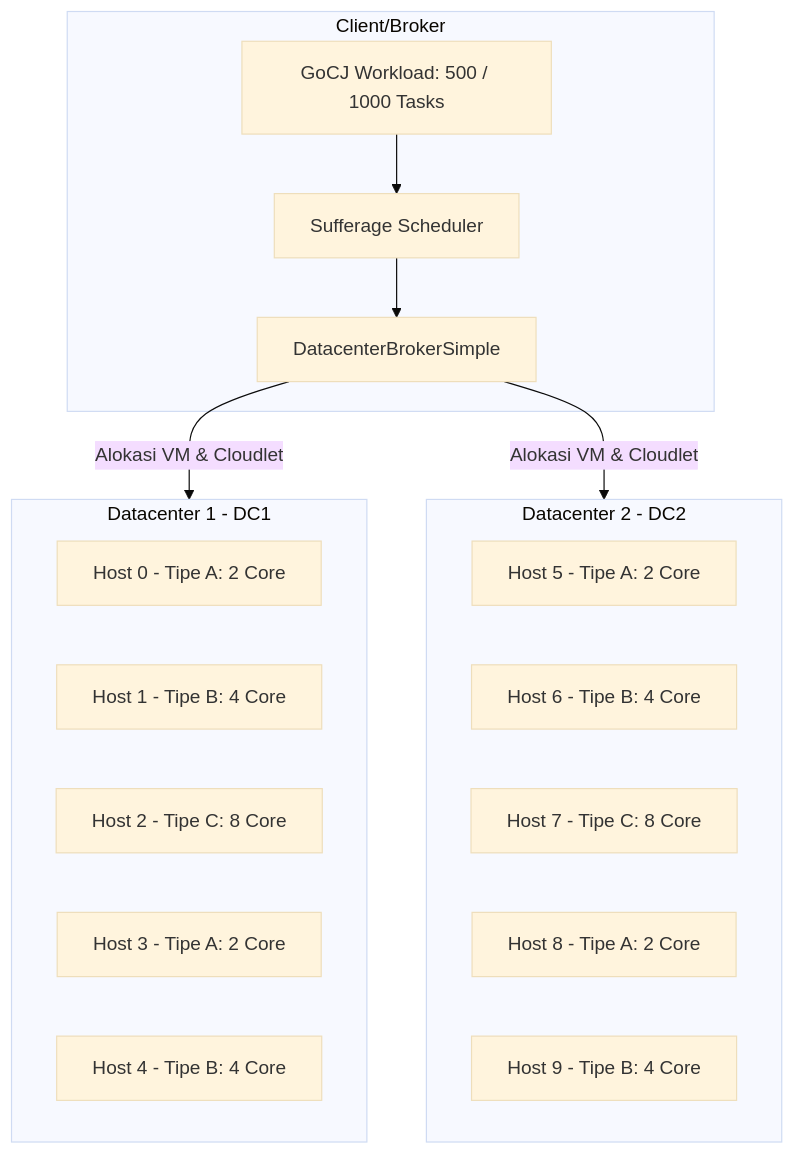
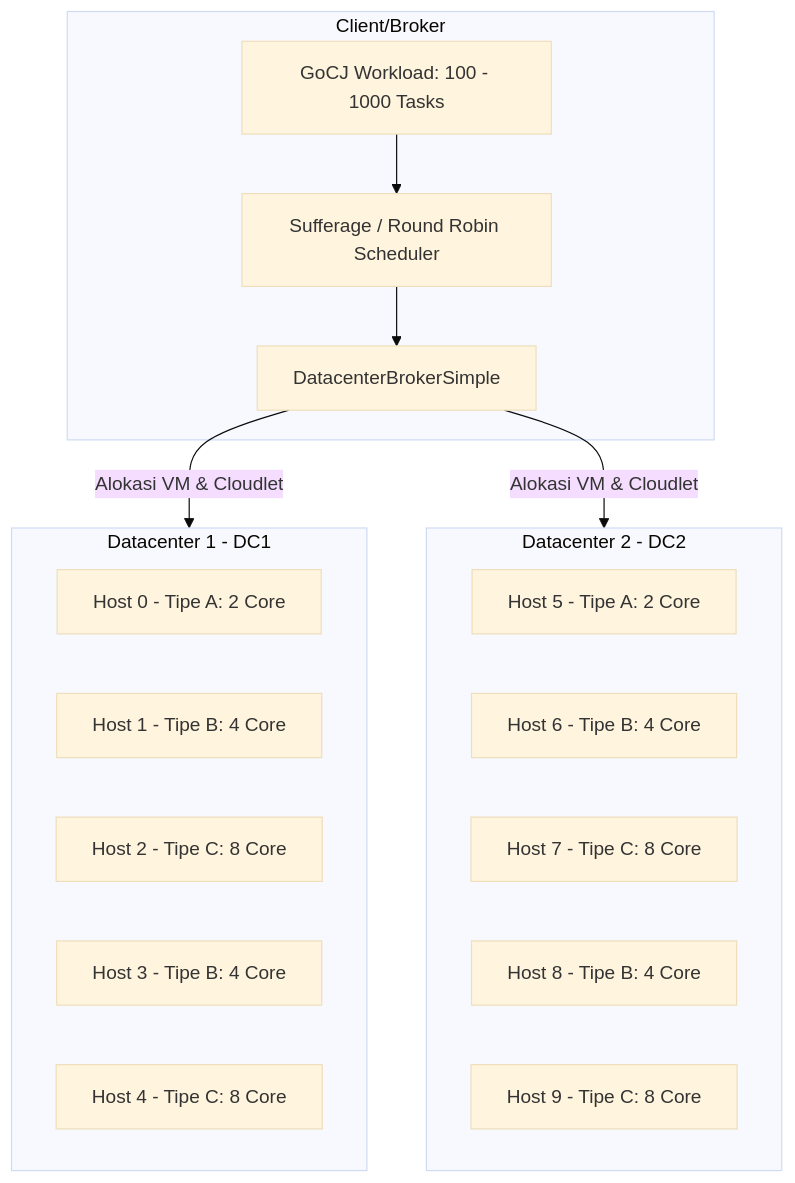
One commit to imdfauzan/SOKA-Week5 changed the first of 2 diagrams in README.md. Above: the diagram before and after it, drawn with Mermaid (base theme). The commit also changed other lines of this file and 10 other files, not shown here.

````diff
--- a/README.md
+++ b/README.md
@@ -75,30 +76,29 @@
 ```mermaid
 graph TD
     subgraph Client_Broker["Client/Broker"]
         Broker["DatacenterBrokerSimple"]
-        Scheduler["Sufferage Scheduler"]
-        Workload["GoCJ Workload: 500 / 1000 Tasks"]
+        Scheduler["Sufferage / Round Robin Scheduler"]
+        Workload["GoCJ Workload: 100 - 1000 Tasks"]
     end
 
     subgraph DC1["Datacenter 1 - DC1"]
         H1["Host 0 - Tipe A: 2 Core"]
         H2["Host 1 - Tipe B: 4 Core"]
         H3["Host 2 - Tipe C: 8 Core"]
-        H4["Host 3 - Tipe A: 2 Core"]
-        H5["Host 4 - Tipe B: 4 Core"]
+        H4["Host 3 - Tipe B: 4 Core"]
+        H5["Host 4 - Tipe C: 8 Core"]
     end
 
     subgraph DC2["Datacenter 2 - DC2"]
         H6["Host 5 - Tipe A: 2 Core"]
         H7["Host 6 - Tipe B: 4 Core"]
         H8["Host 7 - Tipe C: 8 Core"]
-        H9["Host 8 - Tipe A: 2 Core"]
-        H10["Host 9 - Tipe B: 4 Core"]
+        H9["Host 8 - Tipe B: 4 Core"]
+        H10["Host 9 - Tipe C: 8 Core"]
     end
 
     Workload --> Scheduler
     Scheduler --> Broker
     Broker -->|Alokasi VM & Cloudlet| DC1
     Broker -->|Alokasi VM & Cloudlet| DC2
-
 ```
````
